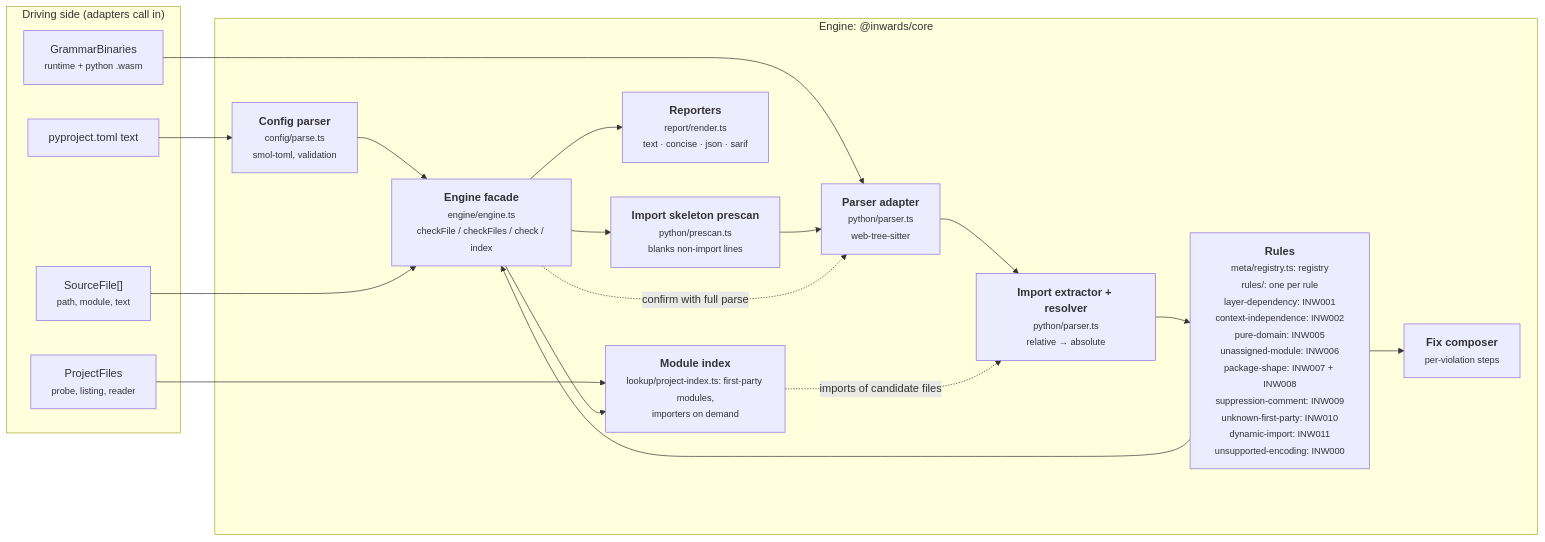
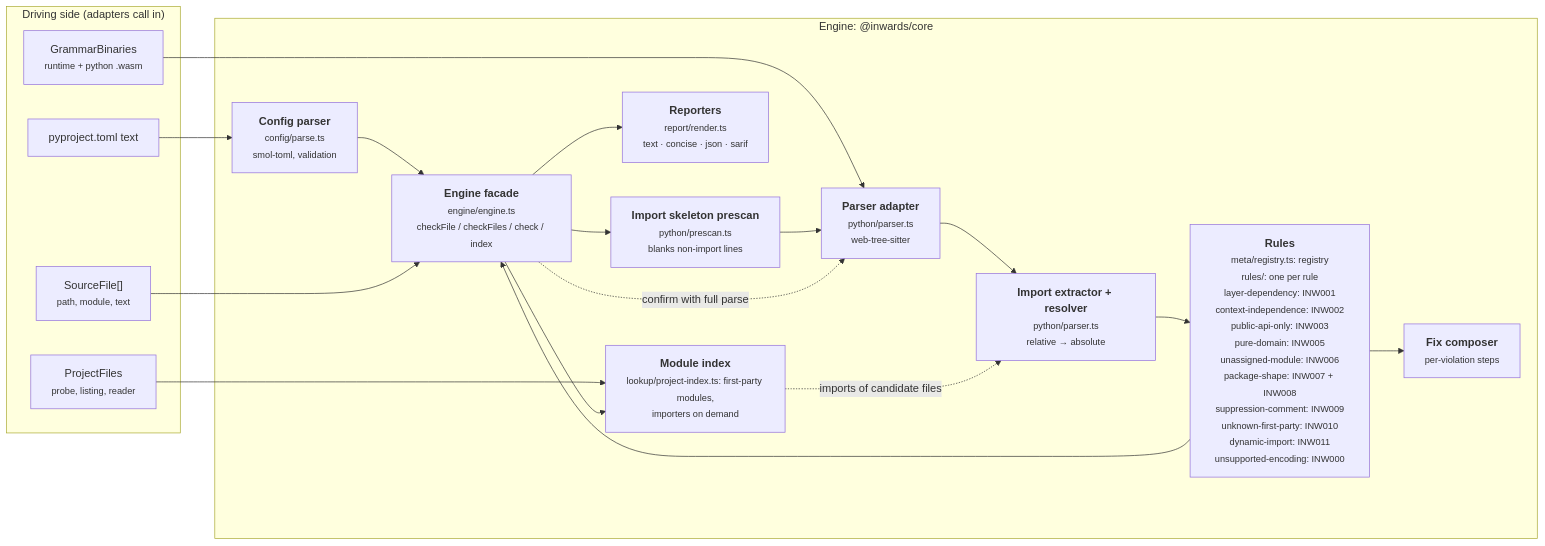
Before and after one commit to SirCypkowskyy/inwards: the third of 6 diagrams in docs/chapters/03-Architecture-C4.md, drawn with Mermaid. The commit also changed other lines of this file and 27 other files, not shown here.

First line of the commit message:
feat(rules): INW003 keeps code outside a context to its public modules

````diff
--- a/docs/chapters/03-Architecture-C4.md
+++ b/docs/chapters/03-Architecture-C4.md
@@ -99,33 +99,33 @@
 ```mermaid
 flowchart LR
     subgraph driving["Driving side (adapters call in)"]
         files["SourceFile[]<br/><small>path, module, text</small>"]
         pfiles["ProjectFiles<br/><small>probe, listing, reader</small>"]
         cfgtext["pyproject.toml text"]
         wasm["GrammarBinaries<br/><small>runtime + python .wasm</small>"]
     end
 
     subgraph enginebox["Engine: @inwards/core"]
         config["<b>Config parser</b><br/><small>config/parse.ts<br/>smol-toml, validation</small>"]
         pre["<b>Import skeleton prescan</b><br/><small>python/prescan.ts<br/>blanks non-import lines</small>"]
         parser["<b>Parser adapter</b><br/><small>python/parser.ts<br/>web-tree-sitter</small>"]
         extract["<b>Import extractor + resolver</b><br/><small>python/parser.ts<br/>relative → absolute</small>"]
-        rules["<b>Rules</b><br/><small>meta/registry.ts: registry<br/>rules/: one per rule<br/>layer-dependency: INW001<br/>context-independence: INW002<br/>pure-domain: INW005<br/>unassigned-module: INW006<br/>package-shape: INW007 + INW008<br/>suppression-comment: INW009<br/>unknown-first-party: INW010<br/>dynamic-import: INW011<br/>unsupported-encoding: INW000</small>"]
+        rules["<b>Rules</b><br/><small>meta/registry.ts: registry<br/>rules/: one per rule<br/>layer-dependency: INW001<br/>context-independence: INW002<br/>public-api-only: INW003<br/>pure-domain: INW005<br/>unassigned-module: INW006<br/>package-shape: INW007 + INW008<br/>suppression-comment: INW009<br/>unknown-first-party: INW010<br/>dynamic-import: INW011<br/>unsupported-encoding: INW000</small>"]
         fix["<b>Fix composer</b><br/><small>per-violation steps</small>"]
         report["<b>Reporters</b><br/><small>report/render.ts<br/>text · concise · json · sarif</small>"]
         engine["<b>Engine facade</b><br/><small>engine/engine.ts<br/>checkFile / checkFiles / check / index</small>"]
         modgraph["<b>Module index</b><br/><small>lookup/project-index.ts: first-party modules,<br/>importers on demand</small>"]
     end
 
     cfgtext --> config --> engine
     wasm --> parser
     files --> engine
     engine --> pre --> parser --> extract --> rules
     rules --> fix
     rules --> engine
     engine -. "confirm with full parse" .-> parser
     pfiles --> modgraph
     engine --> modgraph
     modgraph -. "imports of candidate files" .-> extract
     engine --> report
 ```
````
